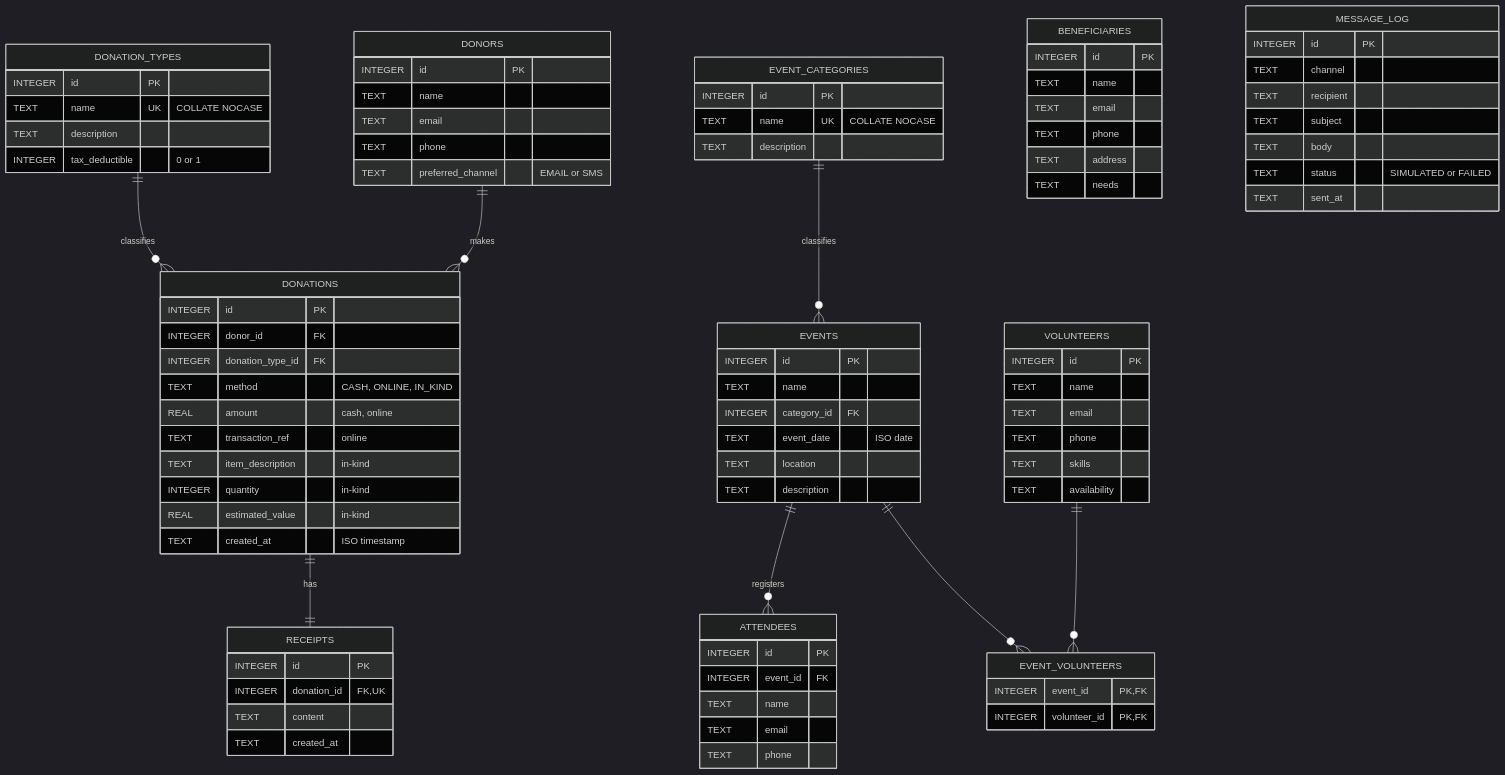
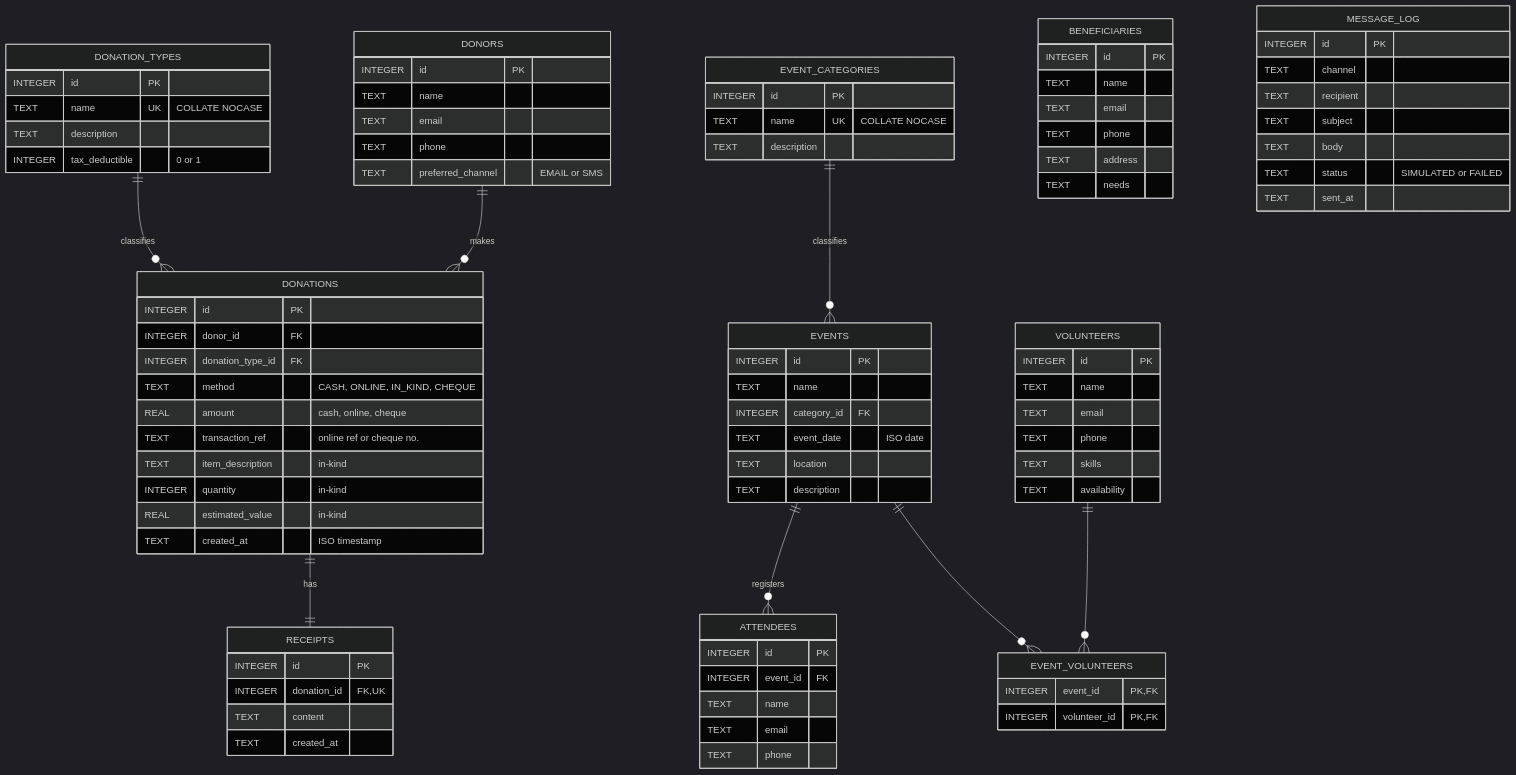
One commit to Abdallah1707/Ripple changed the sixth of 6 diagrams in docs/architecture.md. Above: the diagram before and after it, drawn with Mermaid (dark theme). The commit also changed other lines of this file and 37 other files, not shown here.

```diff
--- a/docs/architecture.md
+++ b/docs/architecture.md
@@ -263,9 +265,9 @@
         INTEGER id PK
         INTEGER donor_id FK
         INTEGER donation_type_id FK
-        TEXT method "CASH, ONLINE, IN_KIND"
-        REAL amount "cash, online"
-        TEXT transaction_ref "online"
+        TEXT method "CASH, ONLINE, IN_KIND, CHEQUE"
+        REAL amount "cash, online, cheque"
+        TEXT transaction_ref "online ref or cheque no."
         TEXT item_description "in-kind"
         INTEGER quantity "in-kind"
         REAL estimated_value "in-kind"
```
